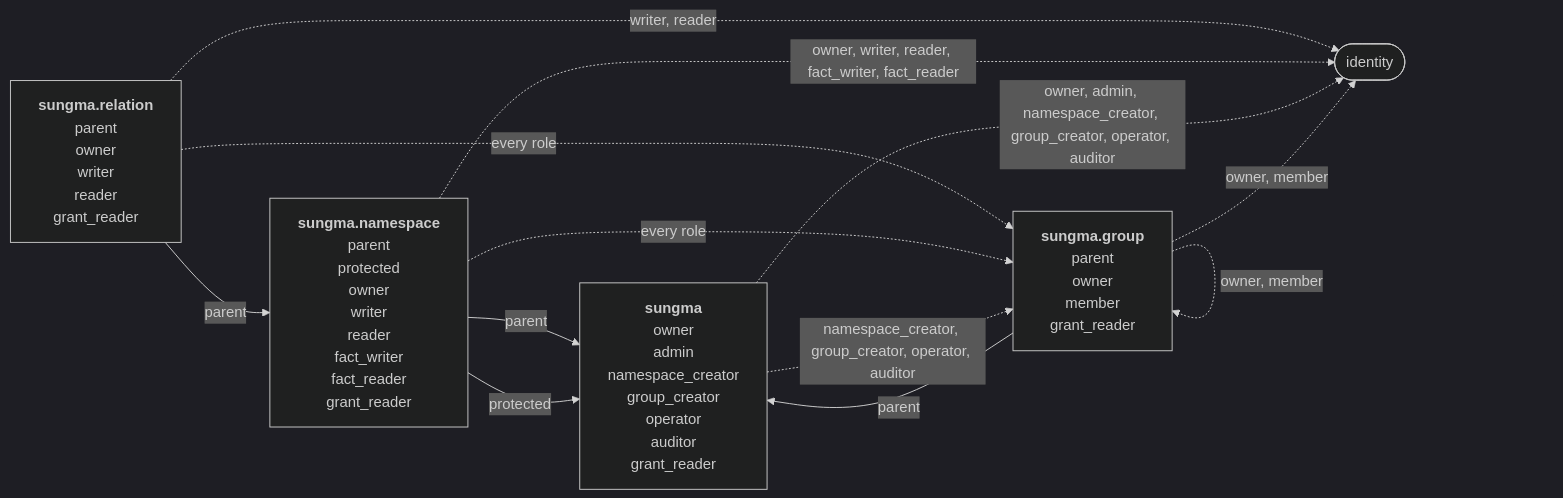
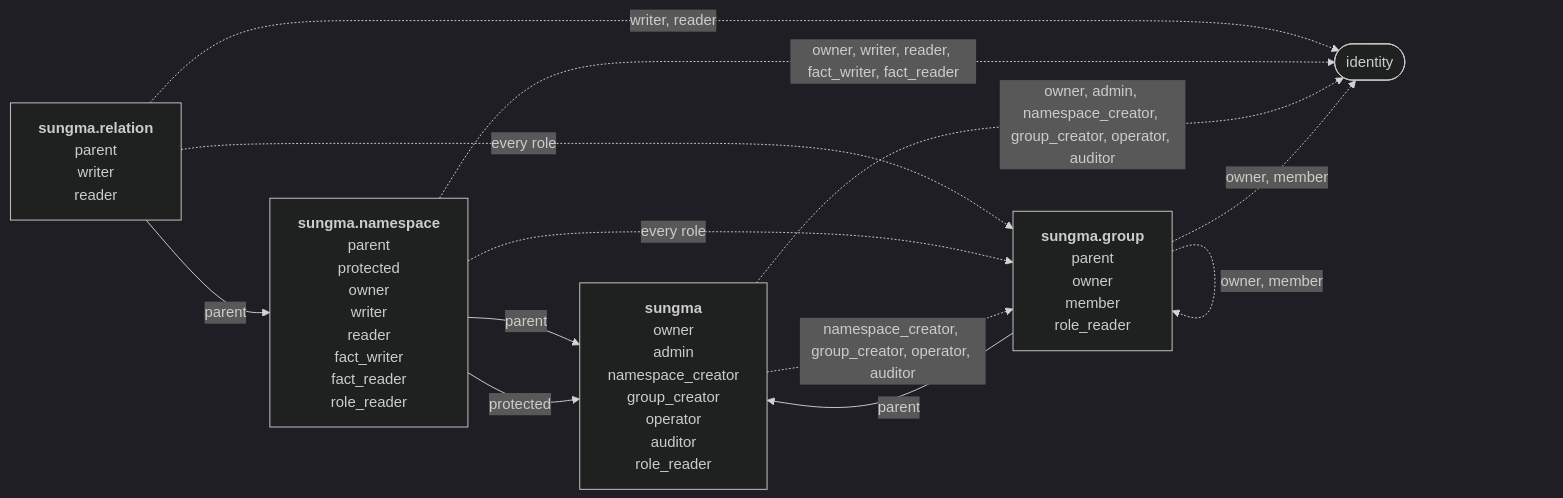
The diagram in docs/specs/sungma-authorization.md (marklauter/Sungma), drawn with Mermaid (dark theme) before and after one commit. The commit also changed other lines of this file and 1 other file, not shown here.

````diff
--- a/docs/specs/sungma-authorization.md
+++ b/docs/specs/sungma-authorization.md
@@ -85,20 +88,20 @@
 ```mermaid
 flowchart LR
-  relation["<b>sungma.relation</b><br/>parent<br/>owner<br/>writer<br/>reader<br/>grant_reader"]
-  namespace["<b>sungma.namespace</b><br/>parent<br/>protected<br/>owner<br/>writer<br/>reader<br/>fact_writer<br/>fact_reader<br/>grant_reader"]
-  sungma["<b>sungma</b><br/>owner<br/>admin<br/>namespace_creator<br/>group_creator<br/>operator<br/>auditor<br/>grant_reader"]
-  group["<b>sungma.group</b><br/>parent<br/>owner<br/>member<br/>grant_reader"]
+  relation["<b>sungma.relation</b><br/>parent<br/>writer<br/>reader"]
+  namespace["<b>sungma.namespace</b><br/>parent<br/>protected<br/>owner<br/>writer<br/>reader<br/>fact_writer<br/>fact_reader<br/>role_reader"]
+  sungma["<b>sungma</b><br/>owner<br/>admin<br/>namespace_creator<br/>group_creator<br/>operator<br/>auditor<br/>role_reader"]
+  group["<b>sungma.group</b><br/>parent<br/>owner<br/>member<br/>role_reader"]
   identity(["identity"])
   relation -- parent --> namespace
   namespace -- parent --> sungma
   namespace -- protected --> sungma
   group -- parent --> sungma
   relation -. "writer, reader" .-> identity
   namespace -. "owner, writer, reader, fact_writer, fact_reader" .-> identity
   sungma -. "owner, admin, namespace_creator, group_creator, operator, auditor" .-> identity
   group -. "owner, member" .-> identity
   relation -. "every role" .-> group
   namespace -. "every role" .-> group
   sungma -. "namespace_creator, group_creator, operator, auditor" .-> group
   group -. "owner, member" .-> group
 ```
````
